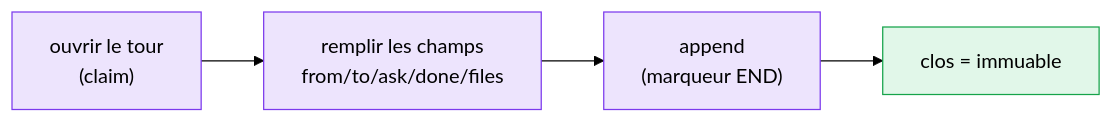
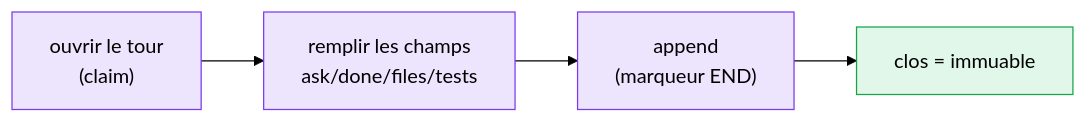
The diagram in docs/fr/concepts/handoff-contracts.md (M8Shift/m8shift.github.io), drawn with Mermaid (forest theme) before and after one commit. The commit also changed other lines of this file and 37 other files, not shown here.

````diff
--- a/docs/fr/concepts/handoff-contracts.md
+++ b/docs/fr/concepts/handoff-contracts.md
@@ -22,11 +24,11 @@
 ```mermaid
 flowchart LR
-    O["ouvrir le tour<br/>(claim)"] --> F["remplir les champs<br/>from/to/ask/done/files"]
+    O["ouvrir le tour<br/>(claim)"] --> F["remplir les champs<br/>ask/done/files/tests"]
     F --> A["append<br/>(marqueur END)"]
     A --> C["clos = immuable"]
 
     classDef agent fill:#7c3aed22,stroke:#7c3aed;
     classDef ok fill:#22c55e22,stroke:#16a34a;
     class O,F,A agent
     class C ok
 ```
````
